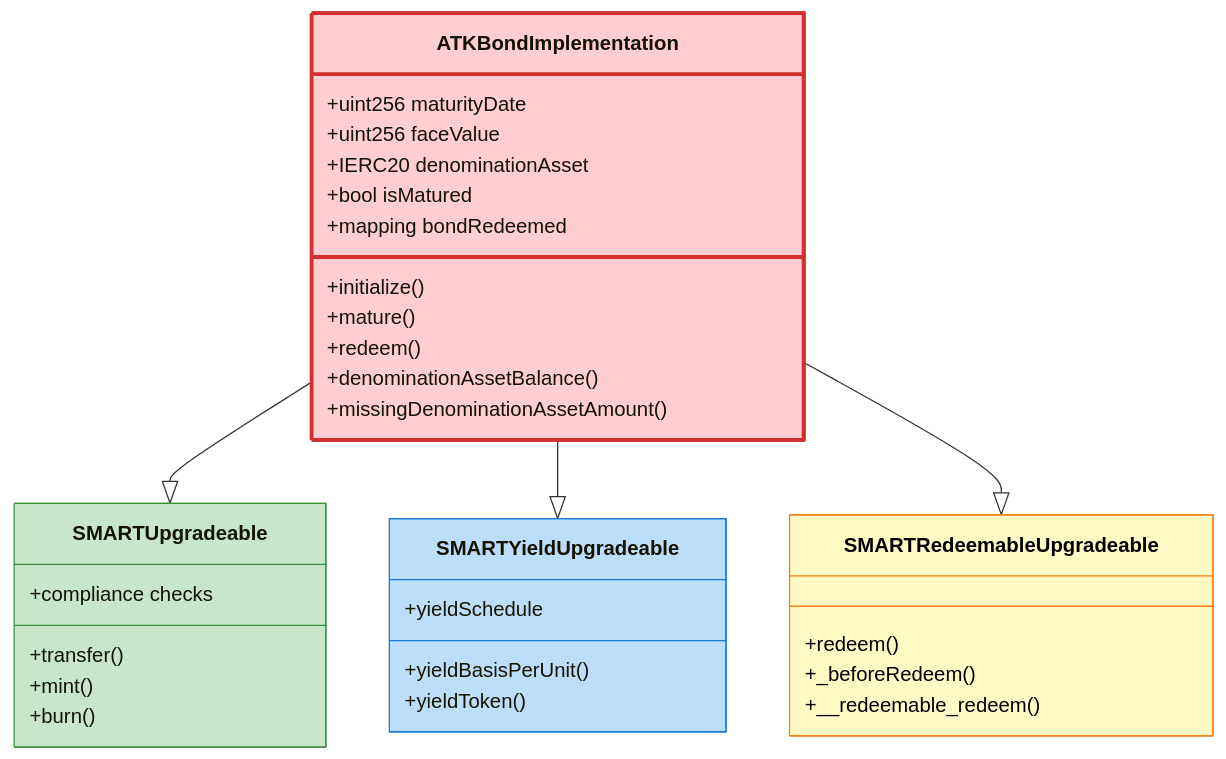
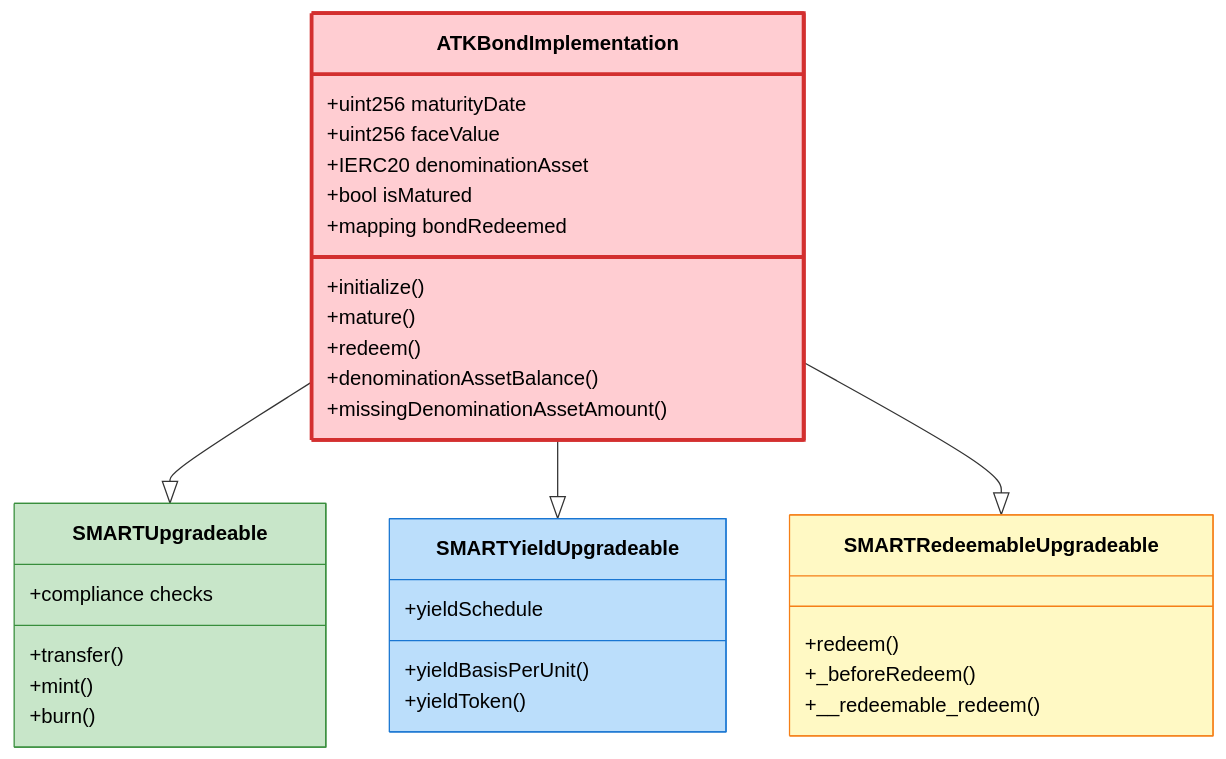
Before and after one commit to settlemint/asset-tokenization-kit: the first of 7 diagrams in designdocs/03-bond-asset-workflow.md, drawn with Mermaid. The commit also changed other lines of this file and 18 other files, not shown here.

````diff
--- a/designdocs/03-bond-asset-workflow.md
+++ b/designdocs/03-bond-asset-workflow.md
@@ -9,44 +9,44 @@
 ```mermaid
 classDiagram
     class ATKBondImplementation {
         +uint256 maturityDate
         +uint256 faceValue
         +IERC20 denominationAsset
         +bool isMatured
         +mapping bondRedeemed
         
         +initialize()
         +mature()
         +redeem()
         +denominationAssetBalance()
         +missingDenominationAssetAmount()
     }
     
     class SMARTUpgradeable {
         +transfer()
         +mint()
         +burn()
         +compliance checks
     }
     
     class SMARTYieldUpgradeable {
         +yieldSchedule
         +yieldBasisPerUnit()
         +yieldToken()
     }
     
     class SMARTRedeemableUpgradeable {
         +redeem()
         +_beforeRedeem()
         +__redeemable_redeem()
     }
     
     ATKBondImplementation --|> SMARTUpgradeable
     ATKBondImplementation --|> SMARTYieldUpgradeable
     ATKBondImplementation --|> SMARTRedeemableUpgradeable
     
-    style ATKBondImplementation fill:#ffcdd2,stroke:#d32f2f,stroke-width:3px
-    style SMARTUpgradeable fill:#c8e6c9,stroke:#388e3c
-    style SMARTYieldUpgradeable fill:#bbdefb,stroke:#1976d2
-    style SMARTRedeemableUpgradeable fill:#fff9c4,stroke:#f57f17,color:#000000,color:#000000
+    style ATKBondImplementation fill:#ffcdd2,stroke:#d32f2f,color:#000000,stroke-width:3px
+    style SMARTUpgradeable fill:#c8e6c9,stroke:#388e3c,color:#000000
+    style SMARTYieldUpgradeable fill:#bbdefb,stroke:#1976d2,color:#000000
+    style SMARTRedeemableUpgradeable fill:#fff9c4,stroke:#f57f17,color:#000000
 ```
````
